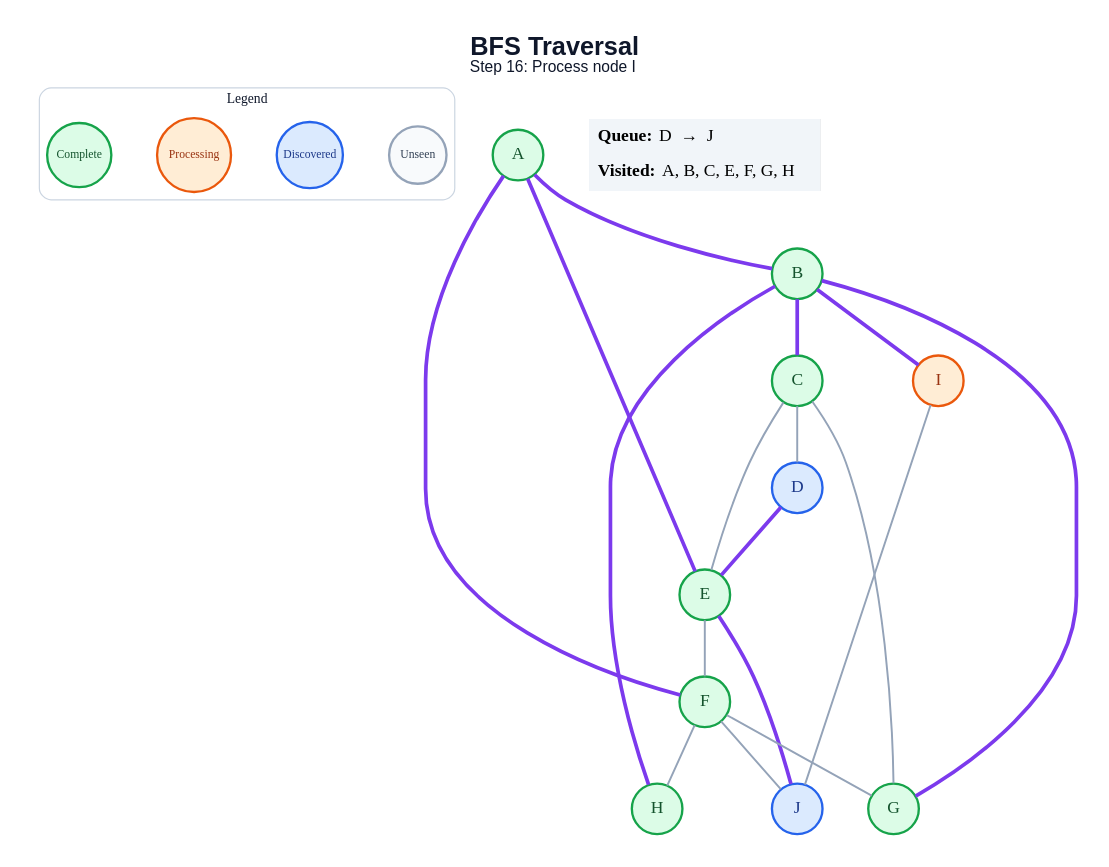
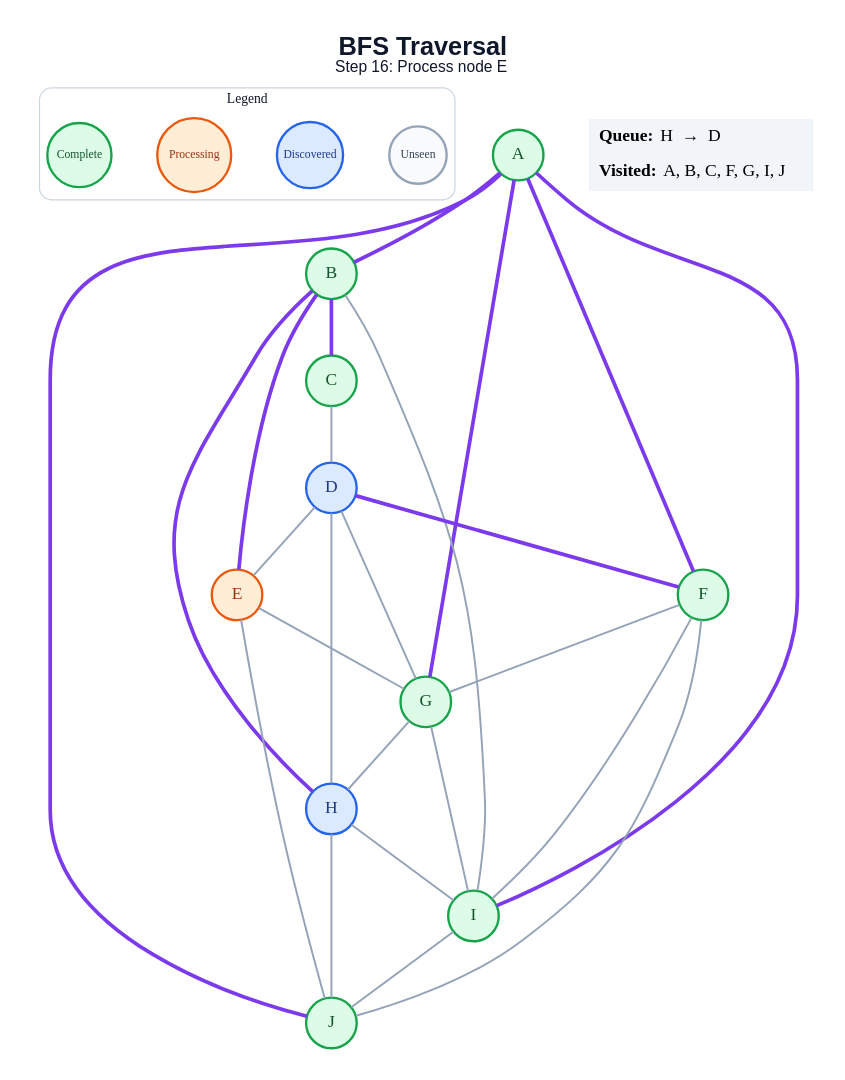
The diagram in generated/bfs/step_16.dot (amanghodawala9/ai-slop), drawn with Graphviz before and after one commit. The commit also changed 178 other files, not shown here.

```diff
--- a/generated/bfs/step_16.dot
+++ b/generated/bfs/step_16.dot
@@ -1,46 +1,53 @@
 graph traversal {
   graph [layout=dot, rankdir=TB, bgcolor="#FFFFFF", pad="0.35", nodesep="0.65", ranksep="0.8", fontname="Arial"];
   node [shape=circle, style="filled", fontname="Arial Bold", fontsize=18, width=0.72, fixedsize=true, penwidth=2.4];
   edge [color="#94A3B8", penwidth=2.0];
-  label=<<B>BFS Traversal</B><BR/><FONT POINT-SIZE="16">Step 16: Process node I</FONT>>; labelloc="t"; fontsize=26; fontname="Arial"; fontcolor="#0F172A";
+  label=<<B>BFS Traversal</B><BR/><FONT POINT-SIZE="16">Step 16: Process node E</FONT>>; labelloc="t"; fontsize=26; fontname="Arial"; fontcolor="#0F172A";
   subgraph cluster_legend { label="Legend"; color="#CBD5E1"; penwidth=1.2; style="rounded"; fontsize=14; fontname="Arial Bold";
     key_unseen [label="Unseen", fillcolor="#F8FAFC", color="#94A3B8", fontcolor="#334155", fontsize=12, width=0.82];
     key_frontier [label="Discovered", fillcolor="#DBEAFE", color="#2563EB", fontcolor="#1E3A8A", fontsize=12, width=0.95];
     key_current [label="Processing", fillcolor="#FFEDD5", color="#EA580C", fontcolor="#9A3412", fontsize=12, width=1.05];
     key_done [label="Complete", fillcolor="#DCFCE7", color="#16A34A", fontcolor="#14532D", fontsize=12, width=0.92];
     { rank=same; key_unseen; key_frontier; key_current; key_done; }
   }
   A [fillcolor="#DCFCE7", color="#16A34A", fontcolor="#14532D"];
   B [fillcolor="#DCFCE7", color="#16A34A", fontcolor="#14532D"];
   C [fillcolor="#DCFCE7", color="#16A34A", fontcolor="#14532D"];
   D [fillcolor="#DBEAFE", color="#2563EB", fontcolor="#1E3A8A"];
-  E [fillcolor="#DCFCE7", color="#16A34A", fontcolor="#14532D"];
+  E [fillcolor="#FFEDD5", color="#EA580C", fontcolor="#9A3412"];
   F [fillcolor="#DCFCE7", color="#16A34A", fontcolor="#14532D"];
   G [fillcolor="#DCFCE7", color="#16A34A", fontcolor="#14532D"];
-  H [fillcolor="#DCFCE7", color="#16A34A", fontcolor="#14532D"];
-  I [fillcolor="#FFEDD5", color="#EA580C", fontcolor="#9A3412"];
-  J [fillcolor="#DBEAFE", color="#2563EB", fontcolor="#1E3A8A"];
+  H [fillcolor="#DBEAFE", color="#2563EB", fontcolor="#1E3A8A"];
+  I [fillcolor="#DCFCE7", color="#16A34A", fontcolor="#14532D"];
+  J [fillcolor="#DCFCE7", color="#16A34A", fontcolor="#14532D"];
   A -- B [color="#7C3AED", penwidth=3.8];
-  A -- E [color="#7C3AED", penwidth=3.8];
   A -- F [color="#7C3AED", penwidth=3.8];
+  A -- G [color="#7C3AED", penwidth=3.8];
+  A -- I [color="#7C3AED", penwidth=3.8];
+  A -- J [color="#7C3AED", penwidth=3.8];
   B -- C [color="#7C3AED", penwidth=3.8];
-  B -- G [color="#7C3AED", penwidth=3.8];
+  B -- E [color="#7C3AED", penwidth=3.8];
   B -- H [color="#7C3AED", penwidth=3.8];
-  B -- I [color="#7C3AED", penwidth=3.8];
+  B -- I;
   C -- D;
-  C -- E;
-  C -- G;
-  D -- E [color="#7C3AED", penwidth=3.8];
-  E -- F;
-  E -- J [color="#7C3AED", penwidth=3.8];
+  D -- E;
+  D -- F [color="#7C3AED", penwidth=3.8];
+  D -- G;
+  D -- H;
+  E -- G;
+  E -- J;
   F -- G;
-  F -- H;
+  F -- I;
   F -- J;
+  G -- H;
+  G -- I;
+  H -- I;
+  H -- J;
   I -- J;
   status [shape=plain, fixedsize=false, width=0, height=0, margin=0, label=<
     <TABLE BORDER="0" CELLBORDER="0" CELLPADDING="7" BGCOLOR="#F1F5F9">
-      <TR><TD ALIGN="LEFT"><B>Queue:</B> D  →  J</TD></TR>
-      <TR><TD ALIGN="LEFT"><B>Visited:</B> A, B, C, E, F, G, H</TD></TR>
+      <TR><TD ALIGN="LEFT"><B>Queue:</B> H  →  D</TD></TR>
+      <TR><TD ALIGN="LEFT"><B>Visited:</B> A, B, C, F, G, I, J</TD></TR>
     </TABLE>
   >];
 }
```
